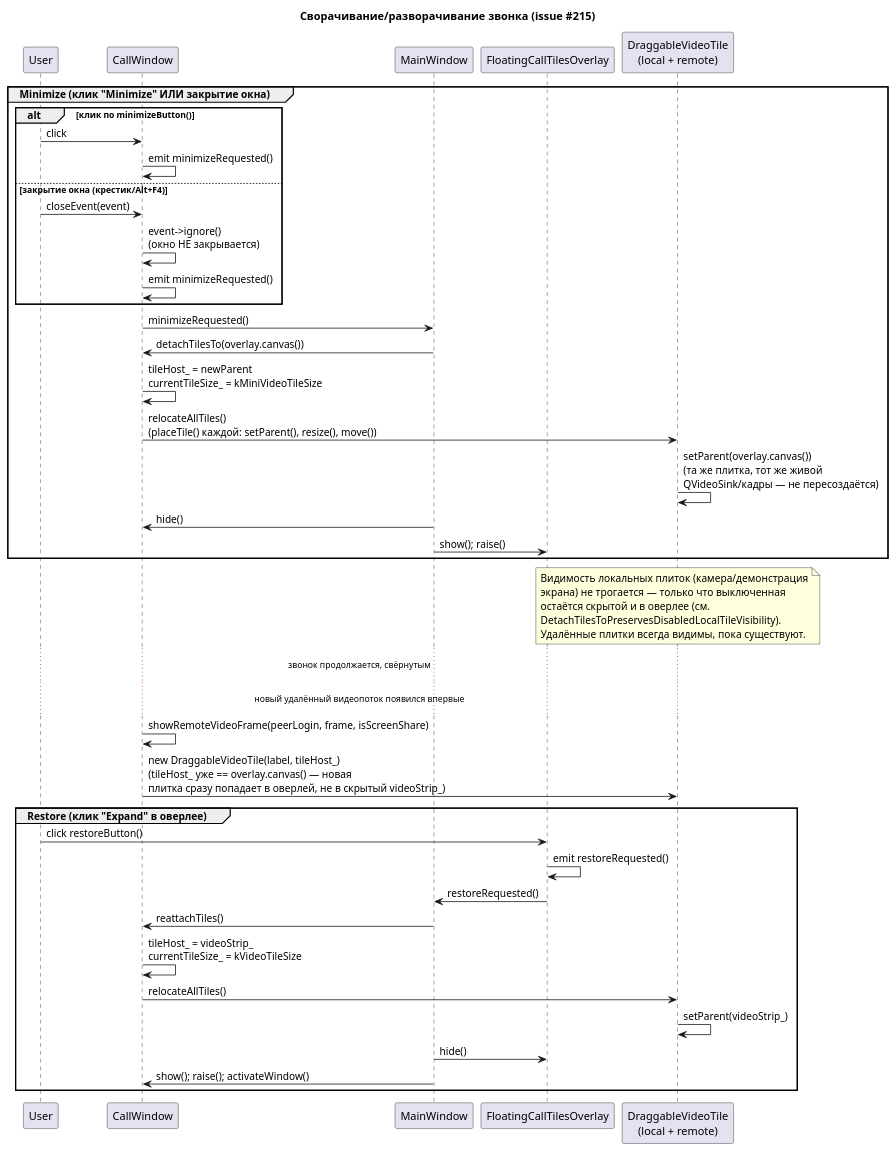
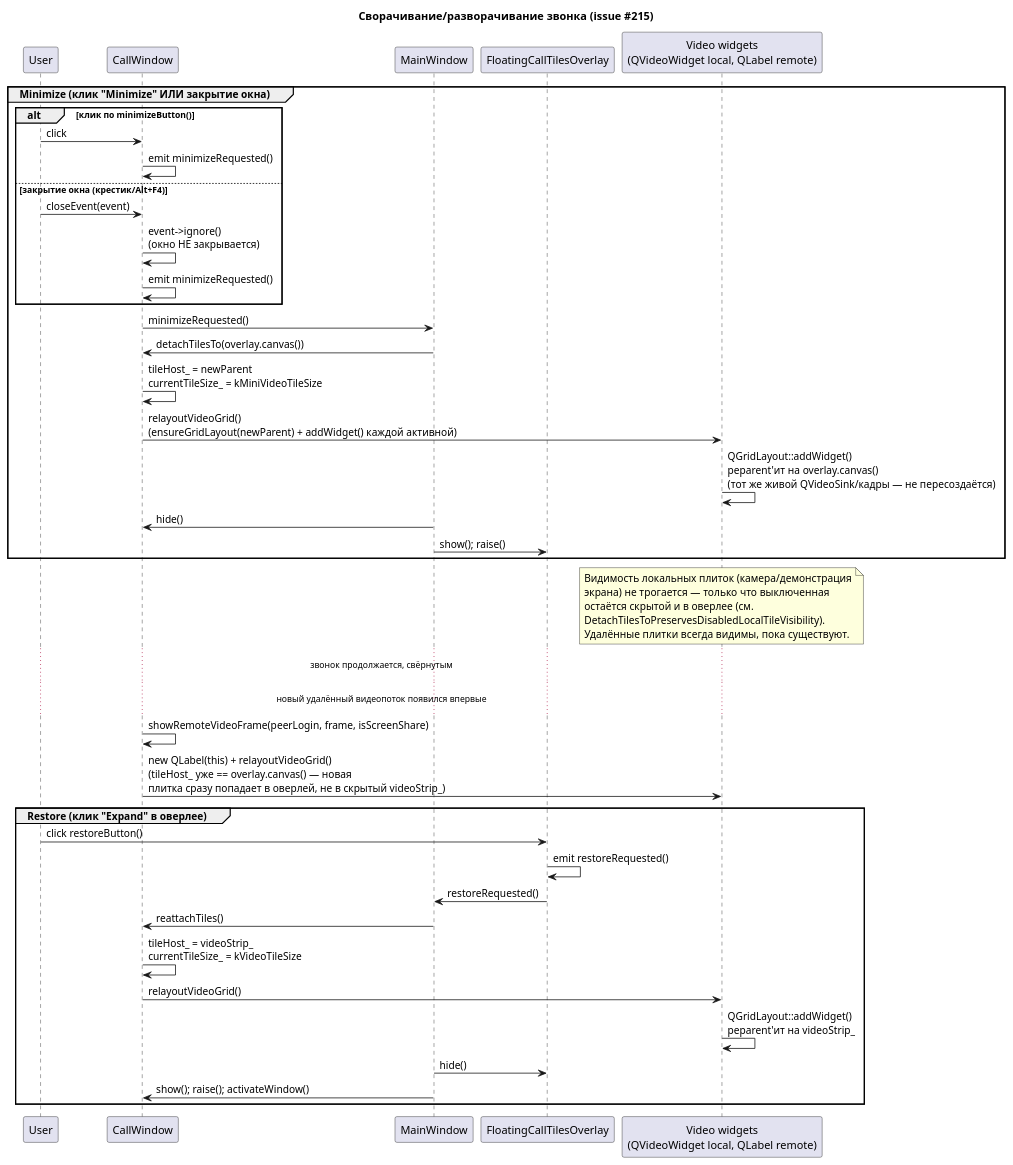
Before and after one commit to NekrasovIS/Exp: the diagram in docs/diagrams/call-minimize-sequence.puml, drawn with PlantUML. The commit also changed 12 other files, not shown here.

First line of the commit message:
[437] Десктоп: QGridLayout вместо свободного перетаскивания видео-плиток звонка (#438)

```diff
--- a/docs/diagrams/call-minimize-sequence.puml
+++ b/docs/diagrams/call-minimize-sequence.puml
@@ -1,54 +1,54 @@
 @startuml call_minimize_sequence
 title Сворачивание/разворачивание звонка (issue #215)
 
 participant User
 participant CallWindow
 participant MainWindow
 participant FloatingCallTilesOverlay as Overlay
-participant "DraggableVideoTile\n(local + remote)" as Tiles
+participant "Video widgets\n(QVideoWidget local, QLabel remote)" as Tiles
 
 group Minimize (клик "Minimize" ИЛИ закрытие окна)
   alt клик по minimizeButton()
     User -> CallWindow : click
     CallWindow -> CallWindow : emit minimizeRequested()
   else закрытие окна (крестик/Alt+F4)
     User -> CallWindow : closeEvent(event)
     CallWindow -> CallWindow : event->ignore()\n(окно НЕ закрывается)
     CallWindow -> CallWindow : emit minimizeRequested()
   end
   CallWindow -> MainWindow : minimizeRequested()
   MainWindow -> CallWindow : detachTilesTo(overlay.canvas())
   CallWindow -> CallWindow : tileHost_ = newParent\ncurrentTileSize_ = kMiniVideoTileSize
-  CallWindow -> Tiles : relocateAllTiles()\n(placeTile() каждой: setParent(), resize(), move())
-  Tiles -> Tiles : setParent(overlay.canvas())\n(та же плитка, тот же живой\nQVideoSink/кадры — не пересоздаётся)
+  CallWindow -> Tiles : relayoutVideoGrid()\n(ensureGridLayout(newParent) + addWidget() каждой активной)
+  Tiles -> Tiles : QGridLayout::addWidget()\nреparent'ит на overlay.canvas()\n(тот же живой QVideoSink/кадры — не пересоздаётся)
   MainWindow -> CallWindow : hide()
   MainWindow -> Overlay : show(); raise()
 end
 
 note over Tiles
   Видимость локальных плиток (камера/демонстрация
   экрана) не трогается — только что выключенная
   остаётся скрытой и в оверлее (см.
   DetachTilesToPreservesDisabledLocalTileVisibility).
   Удалённые плитки всегда видимы, пока существуют.
 end note
 
 ... звонок продолжается, свёрнутым ...
 
 ... новый удалённый видеопоток появился впервые ...
 CallWindow -> CallWindow : showRemoteVideoFrame(peerLogin, frame, isScreenShare)
-CallWindow -> Tiles : new DraggableVideoTile(label, tileHost_)\n(tileHost_ уже == overlay.canvas() — новая\nплитка сразу попадает в оверлей, не в скрытый videoStrip_)
+CallWindow -> Tiles : new QLabel(this) + relayoutVideoGrid()\n(tileHost_ уже == overlay.canvas() — новая\nплитка сразу попадает в оверлей, не в скрытый videoStrip_)
 
 group Restore (клик "Expand" в оверлее)
   User -> Overlay : click restoreButton()
   Overlay -> Overlay : emit restoreRequested()
   Overlay -> MainWindow : restoreRequested()
   MainWindow -> CallWindow : reattachTiles()
   CallWindow -> CallWindow : tileHost_ = videoStrip_\ncurrentTileSize_ = kVideoTileSize
-  CallWindow -> Tiles : relocateAllTiles()
-  Tiles -> Tiles : setParent(videoStrip_)
+  CallWindow -> Tiles : relayoutVideoGrid()
+  Tiles -> Tiles : QGridLayout::addWidget()\nреparent'ит на videoStrip_
   MainWindow -> Overlay : hide()
   MainWindow -> CallWindow : show(); raise(); activateWindow()
 end
 
 @enduml
```
